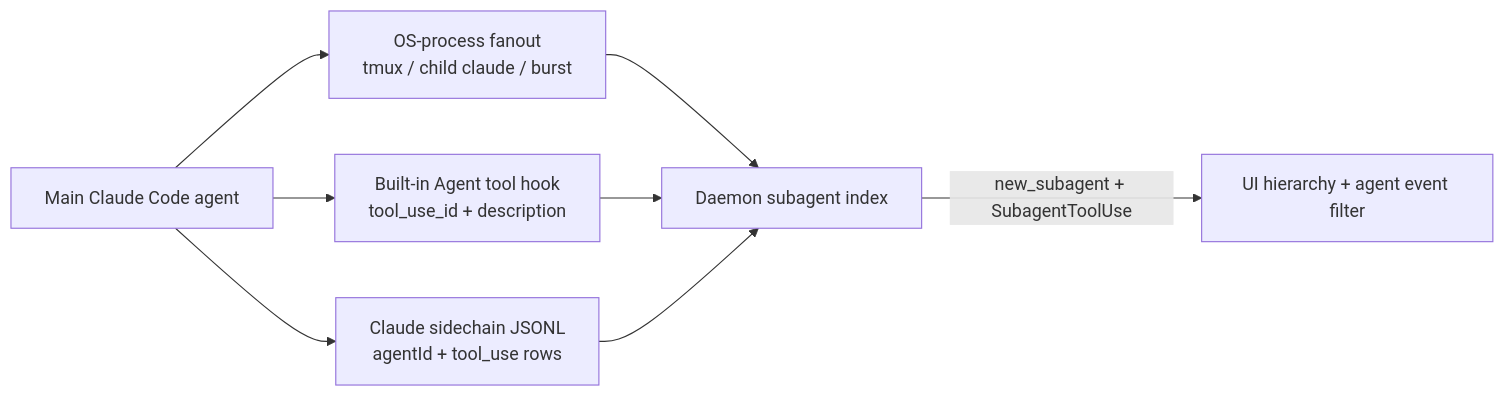
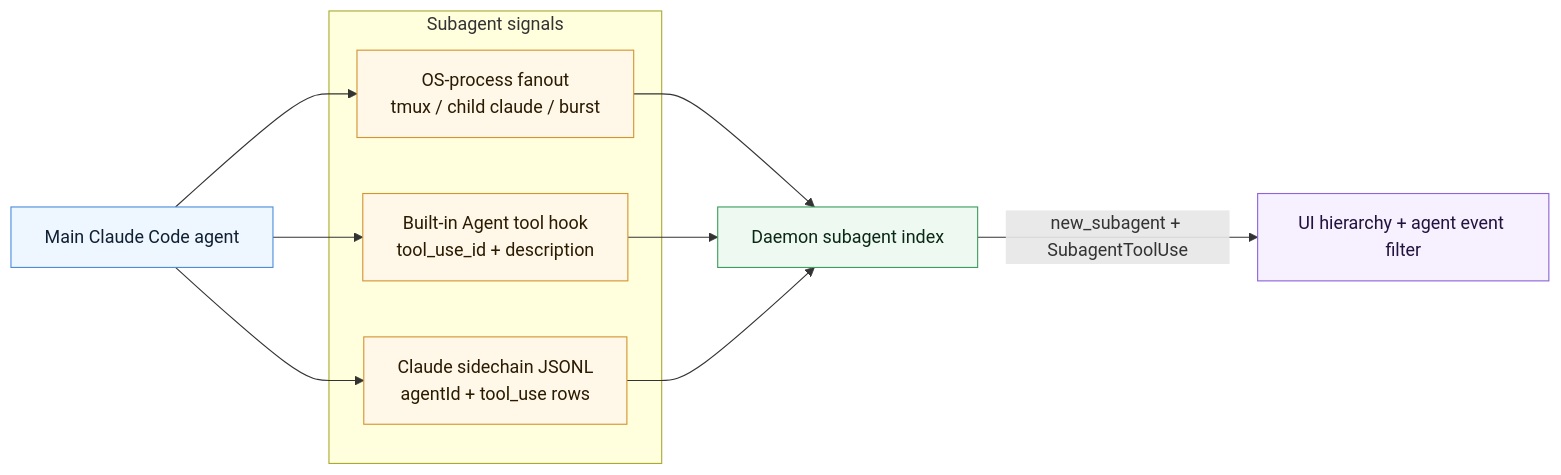
Before and after one commit to somoore/agentsnitch: the diagram in docs/subagent-detection-phase1.md, drawn with Mermaid. The commit also changed other lines of this file and 19 other files, not shown here.

````diff
--- a/docs/subagent-detection-phase1.md
+++ b/docs/subagent-detection-phase1.md
@@ -9,14 +9,31 @@
 ```mermaid
 flowchart LR
+    classDef parent fill:#eef6ff,stroke:#4c8eda,color:#102033
+    classDef signal fill:#fff7e8,stroke:#d4942f,color:#2a1b00
+    classDef core fill:#eefaf1,stroke:#3f9d5c,color:#0b2815
+    classDef ui fill:#f6f0ff,stroke:#8c63d8,color:#21133d
+
     Parent["Main Claude Code agent"]
-    OSFanout["OS-process fanout<br/>tmux / child claude / burst"]
-    HookAgent["Built-in Agent tool hook<br/>tool_use_id + description"]
-    Sidechain["Claude sidechain JSONL<br/>agentId + tool_use rows"]
+
+    subgraph Signals["Subagent signals"]
+        OSFanout["OS-process fanout<br/>tmux / child claude / burst"]
+        HookAgent["Built-in Agent tool hook<br/>tool_use_id + description"]
+        Sidechain["Claude sidechain JSONL<br/>agentId + tool_use rows"]
+    end
+
     Daemon["Daemon subagent index"]
     UI["UI hierarchy + agent event filter"]
 
-    Parent --> OSFanout --> Daemon
-    Parent --> HookAgent --> Daemon
-    Parent --> Sidechain --> Daemon
+    Parent --> OSFanout
+    OSFanout --> Daemon
+    Parent --> HookAgent
+    HookAgent --> Daemon
+    Parent --> Sidechain
+    Sidechain --> Daemon
     Daemon -->|"new_subagent + SubagentToolUse"| UI
+
+    class Parent parent
+    class OSFanout,HookAgent,Sidechain signal
+    class Daemon core
+    class UI ui
 ```
````
